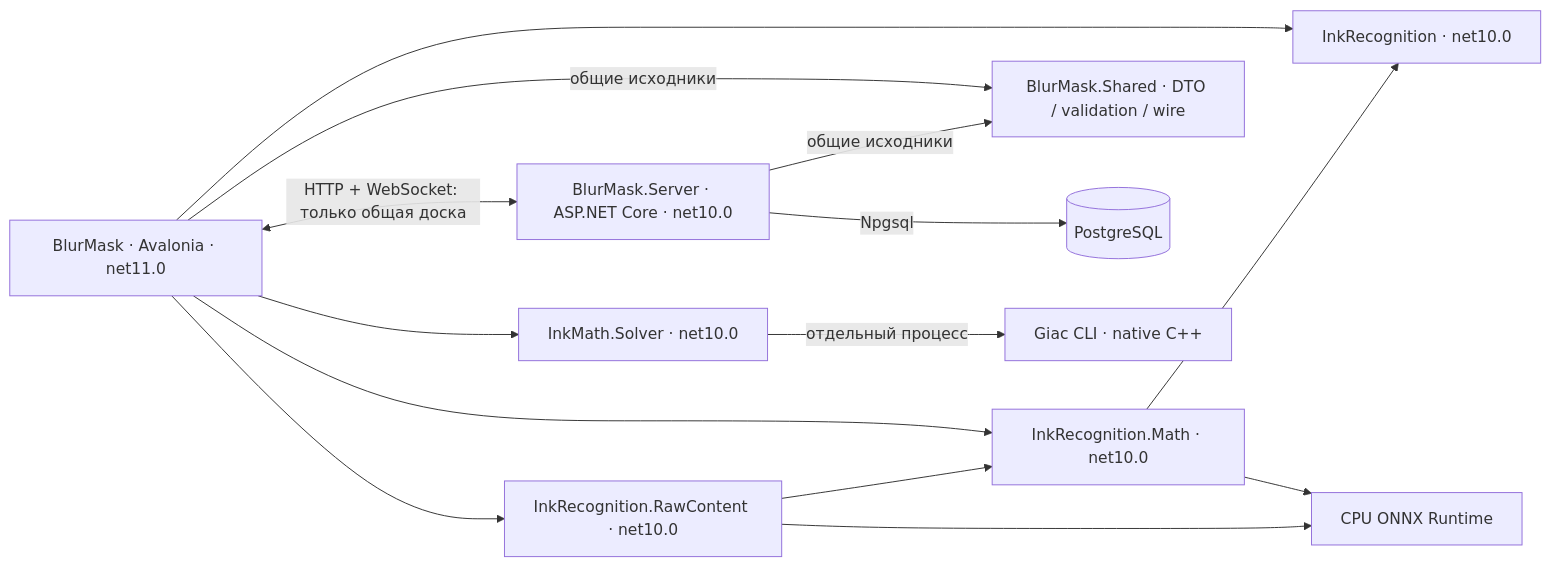
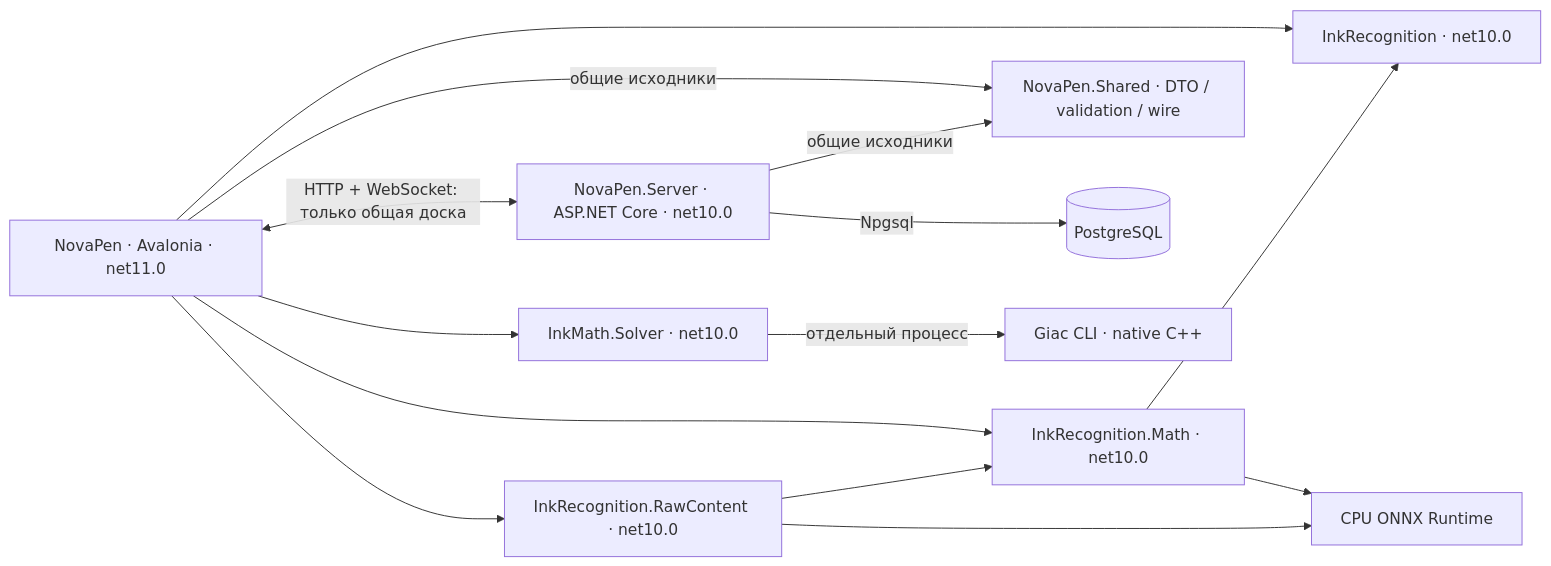
One commit to Xekep/BlurMask changed the first of 2 diagrams in docs/engineering/architecture.md. Above: the diagram before and after it, drawn with Mermaid. The commit also changed other lines of this file and 297 other files, not shown here.

Commit message:
Rename application to NovaPen and correct mask target tracking

````diff
--- a/docs/engineering/architecture.md
+++ b/docs/engineering/architecture.md
@@ -9,16 +9,16 @@
 ```mermaid
 flowchart LR
-    App["BlurMask · Avalonia · net11.0"] --> Text["InkRecognition · net10.0"]
+    App["NovaPen · Avalonia · net11.0"] --> Text["InkRecognition · net10.0"]
     App --> Math["InkRecognition.Math · net10.0"]
     App --> Raw["InkRecognition.RawContent · net10.0"]
     App --> Solver["InkMath.Solver · net10.0"]
     Raw --> Math
     Math --> Text
-    App -->|общие исходники| Shared["BlurMask.Shared · DTO / validation / wire"]
-    Server["BlurMask.Server · ASP.NET Core · net10.0"] -->|общие исходники| Shared
+    App -->|общие исходники| Shared["NovaPen.Shared · DTO / validation / wire"]
+    Server["NovaPen.Server · ASP.NET Core · net10.0"] -->|общие исходники| Shared
     App <-->|HTTP + WebSocket: только общая доска| Server
     Server -->|Npgsql| DB[(PostgreSQL)]
     Solver -->|отдельный процесс| Giac["Giac CLI · native C++"]
     Math --> Ort["CPU ONNX Runtime"]
     Raw --> Ort
 ```
````
